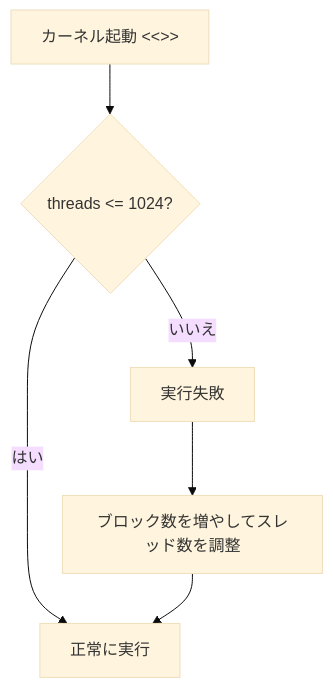
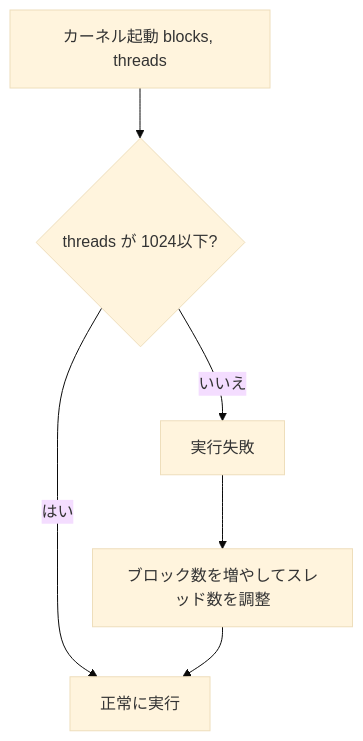
Before and after one commit to tkm5/cuda-programming-guide: the diagram in src/data/sections/03/lecture-03.mdx, drawn with Mermaid (base theme). The commit also changed 34 other files, not shown here.

First line of the commit message:
fix: quote Japanese text and special chars in mermaid diagrams

````diff
--- a/src/data/sections/03/lecture-03.mdx
+++ b/src/data/sections/03/lecture-03.mdx
@@ -84,8 +84,8 @@
 ```mermaid
 graph TD
-    A[カーネル起動 <<<blocks, threads>>>] --> B{threads <= 1024?}
-    B -->|はい| C[正常に実行]
-    B -->|いいえ| D[実行失敗]
-    D --> E[ブロック数を増やしてスレッド数を調整]
+    A["カーネル起動 blocks, threads"] --> B{"threads が 1024以下?"}
+    B -->|"はい"| C["正常に実行"]
+    B -->|"いいえ"| D["実行失敗"]
+    D --> E["ブロック数を増やしてスレッド数を調整"]
     E --> C
 ```
````
